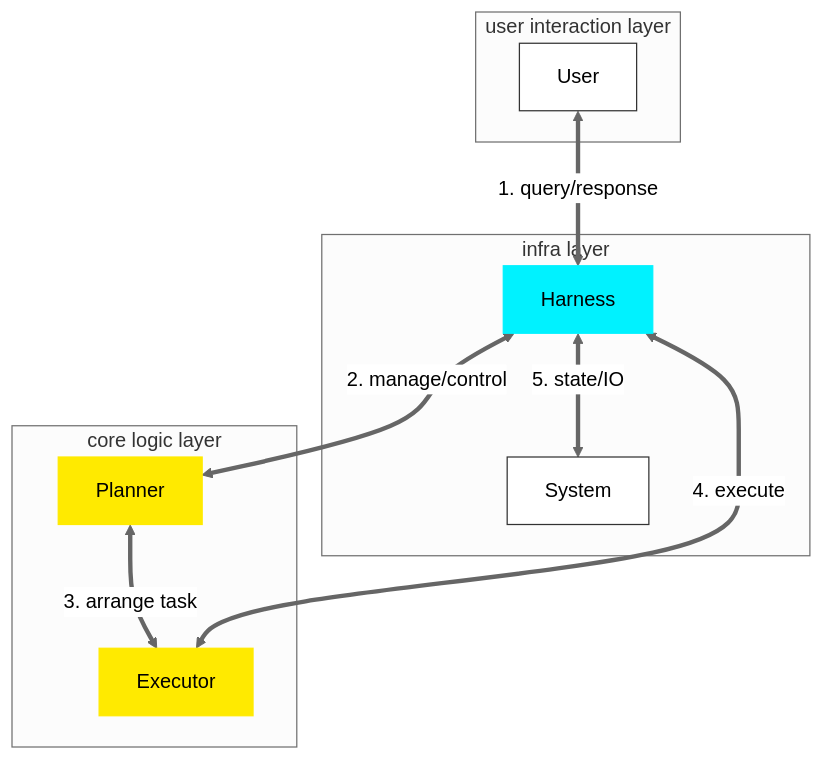
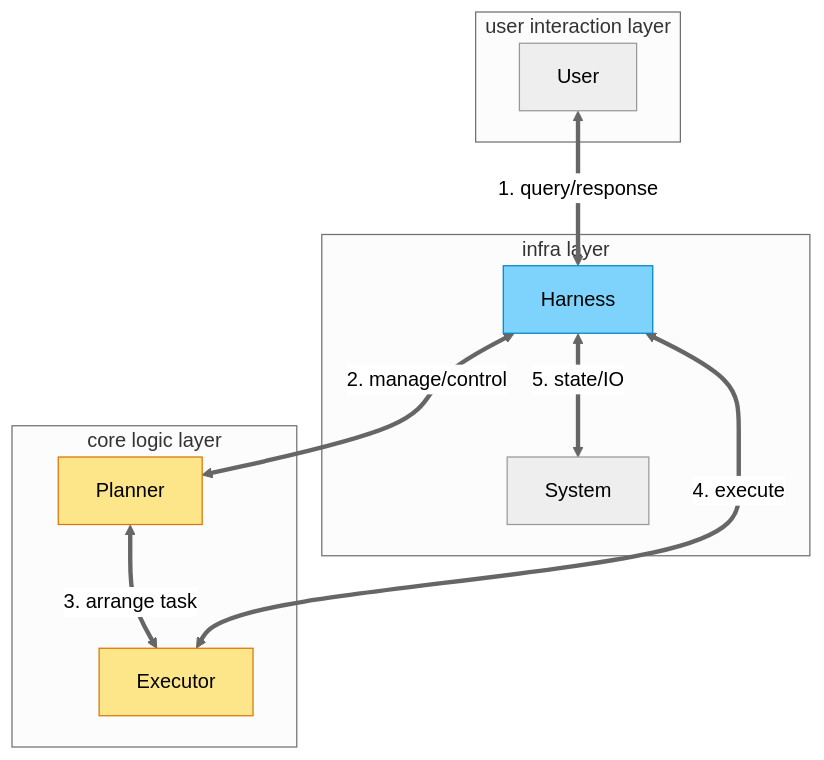
The second of 2 diagrams in README.md (syy-uuu/token-free-agent-anatomy), drawn with Mermaid (neutral theme) before and after one commit.

````diff
--- a/README.md
+++ b/README.md
@@ -22,33 +22,31 @@
 ```mermaid
 flowchart TD
     %% 系统层级
     subgraph UI_User [user interaction layer]
         User
     end
     
     subgraph Core_Agent [core logic layer]
         Planner
         Executor
     end
     
     subgraph Harness_System [infra layer]
         Harness
         System
     end
 
     %% chain
     User <==>|1. query/response| Harness
     Harness <==>|2. manage/control| Planner
     Planner <==>|3. arrange task| Executor
     Executor <==>|4. execute| Harness
     Harness <==>|5. state/IO| System
 
     %% color
-    classDef harness fill:#00f2ff,stroke:#00f2ff,color:black;
-    classDef core fill:#ffea00,stroke:#ffea00,color:black;
-    classDef user_sys fill:#fff,stroke:#333;
-    
+    classDef harness fill:#7DD3FC,stroke:#0284C7,color:#000;
+    classDef core fill:#FDE68A,stroke:#D97706,color:#000;
+
     class Harness harness;
     class Planner,Executor core;
-    class User,System user_sys;
 ```
````
